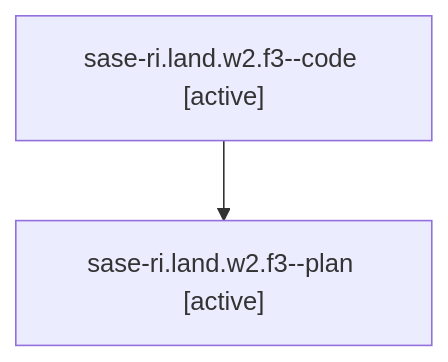
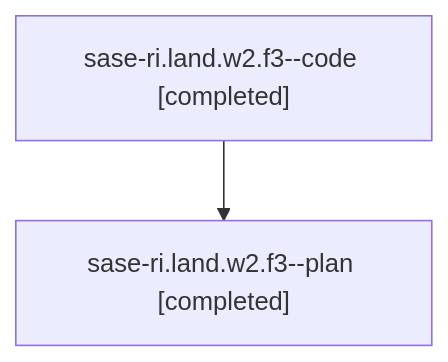
One commit to sase-org/sase--agents changed the diagram in families/bbugyi200.athena.sase-ri.land.w2.f3.md. Above: the diagram before and after it, drawn with Mermaid. The commit also changed other lines of this file and 85 other files, not shown here.

````diff
--- a/families/bbugyi200.athena.sase-ri.land.w2.f3.md
+++ b/families/bbugyi200.athena.sase-ri.land.w2.f3.md
@@ -9,6 +9,6 @@
 ```mermaid
 flowchart TD
-  n0["sase-ri.land.w2.f3--code [active]"]
-  n1["sase-ri.land.w2.f3--plan [active]"]
+  n0["sase-ri.land.w2.f3--code [completed]"]
+  n1["sase-ri.land.w2.f3--plan [completed]"]
   n0 --> n1
 ```
````
